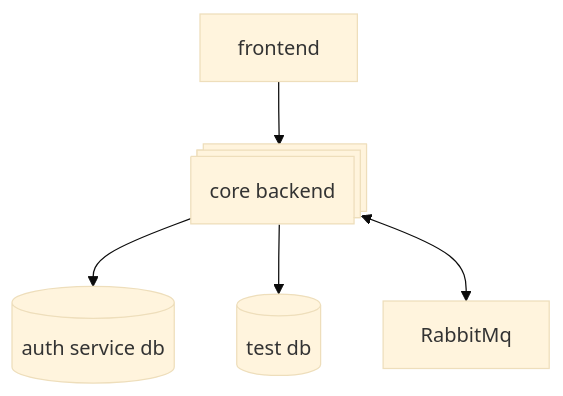
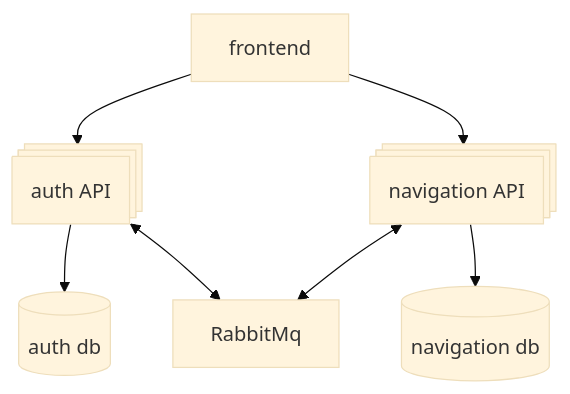
One commit to naikibro/project changed the diagram in README.md. Above: the diagram before and after it, drawn with Mermaid (base theme). The commit also changed other lines of this file and 11 other files, not shown here.

````diff
--- a/README.md
+++ b/README.md
@@ -20,14 +19,18 @@
 ```mermaid
 graph TD
-A1@{ shape: processes, label: "core backend" }
+A1@{ shape: processes, label: "auth API" }
+A2@{ shape: processes, label: "navigation API" }
 B[frontend]
 C[RabbitMq]
-db1[(auth service db)]
-db2[(test db)]
+db1[(auth db)]
+db2[(navigation db)]
+
 
 A1 --> db1
-A1 --> db2
+A2 --> db2
 
 B --> A1
+B --> A2
 A1 <--> C
+A2 <--> C
 ```
````
